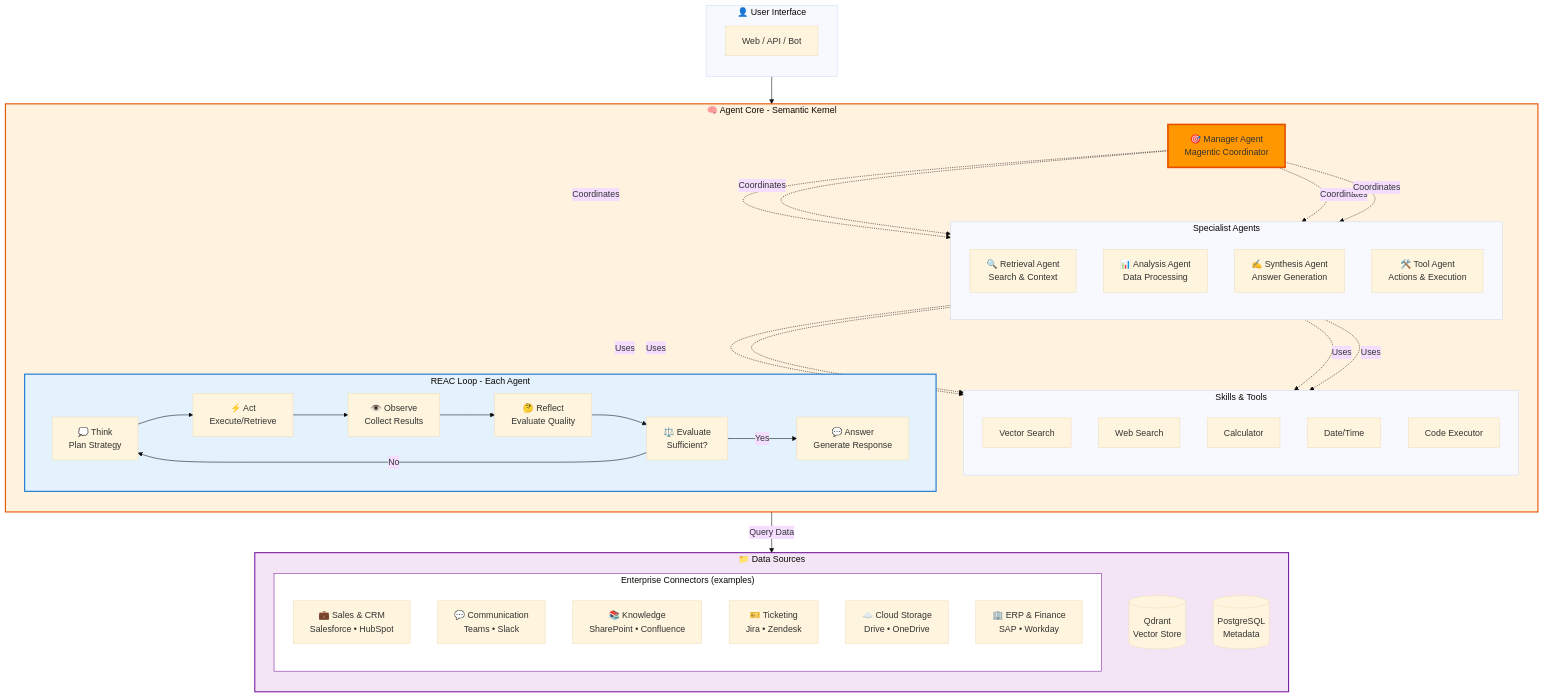
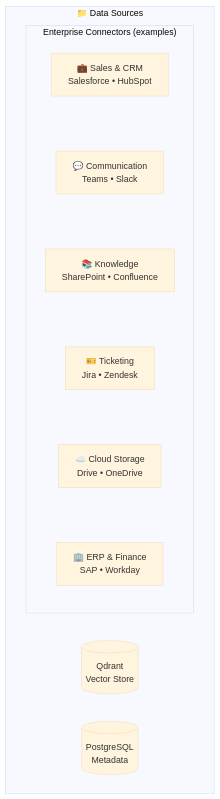
Before and after one commit to gen-mind/EchoMind: the first of 2 diagrams in ReadMe.md, drawn with Mermaid (base theme).

````diff
--- a/ReadMe.md
+++ b/ReadMe.md
@@ -160,79 +160,25 @@
 ```mermaid
 flowchart TB
-  %% =========================
-  %% Multi-Agent Architecture (narrower)
-  %% =========================
-
-  subgraph User["👤 User Interface"]
-    direction TB
-    CLIENT[Web / API / Bot]
-  end
-
-  subgraph AgentCore["🧠 Agent Core - Semantic Kernel"]
-    direction TB
-
-    MANAGER[🎯 Manager Agent<br/>Magentic Coordinator]
-
-    subgraph Agents["Specialist Agents"]
-      direction TB
-      RETRIEVAL[🔍 Retrieval Agent<br/>Search & Context]
-      ANALYSIS[📊 Analysis Agent<br/>Data Processing]
-      SYNTHESIS[✍️ Synthesis Agent<br/>Answer Generation]
-      TOOL[🛠️ Tool Agent<br/>Actions & Execution]
-    end
-
-    subgraph Skills["Skills & Tools"]
-      direction TB
-      VSEARCH[Vector Search]
-      WEBSEARCH[Web Search]
-      CALC[Calculator]
-      DATETIME[Date/Time]
-      EXECUTOR[Code Executor]
-    end
-
-    subgraph REAC["REAC Loop - Each Agent"]
-      direction LR
-      THINK[💭 Think<br/>Plan Strategy] --> ACT[⚡ Act<br/>Execute/Retrieve] --> OBSERVE[👁️ Observe<br/>Collect Results]
-      OBSERVE --> REFLECT[🤔 Reflect<br/>Evaluate Quality] --> EVALUATE[⚖️ Evaluate<br/>Sufficient?]
-      EVALUATE -->|No| THINK
-      EVALUATE -->|Yes| ANSWER[💬 Answer<br/>Generate Response]
-    end
-  end
-
-  %% Data sources tightened + VERTICAL connectors list
   subgraph DataSources["📁 Data Sources"]
-    direction TB
-
     subgraph Connectors["Enterprise Connectors (examples)"]
-      direction TB
+      %% Force vertical ordering via invisible links
       SALES["💼 Sales & CRM<br/>Salesforce • HubSpot"]
       COLLAB["💬 Communication<br/>Teams • Slack"]
       DOCS["📚 Knowledge<br/>SharePoint • Confluence"]
       TICKETS["🎫 Ticketing<br/>Jira • Zendesk"]
       FILES["☁️ Cloud Storage<br/>Drive • OneDrive"]
       ERP["🏢 ERP & Finance<br/>SAP • Workday"]
+
+      SALES ~~~ COLLAB
+      COLLAB ~~~ DOCS
+      DOCS ~~~ TICKETS
+      TICKETS ~~~ FILES
+      FILES ~~~ ERP
     end
 
     VECTORDB[(Qdrant<br/>Vector Store)]
     RDBMS[(PostgreSQL<br/>Metadata)]
   end
 
-  %% Flow
-  CLIENT --> MANAGER
-
-  MANAGER -.->|Coordinates| RETRIEVAL
-  MANAGER -.->|Coordinates| ANALYSIS
-  MANAGER -.->|Coordinates| SYNTHESIS
-  MANAGER -.->|Coordinates| TOOL
-
-  RETRIEVAL & ANALYSIS & SYNTHESIS & TOOL -.->|Uses| Skills
-  Agents -->|Query Data| DataSources
-
-  %% Styling
-  style MANAGER fill:#ff9800,stroke:#e65100,stroke-width:3px
-  style REAC fill:#e3f2fd,stroke:#1976d2,stroke-width:2px
-  style DataSources fill:#f3e5f5,stroke:#7b1fa2,stroke-width:2px
-  style AgentCore fill:#fff3e0,stroke:#e65100,stroke-width:2px
-  style Connectors fill:#ffffff,stroke:#7b1fa2,stroke-width:1px
 
 ```
````
